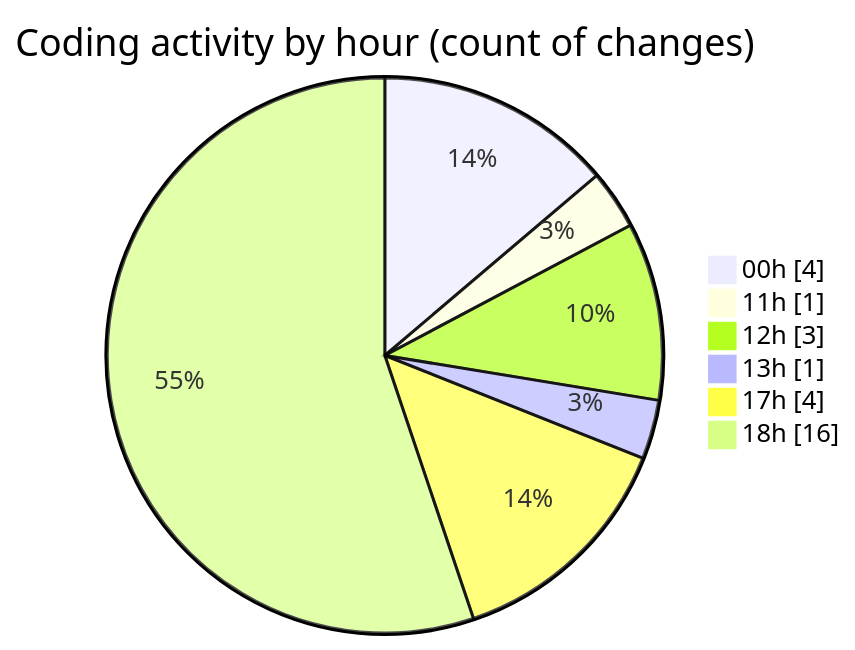
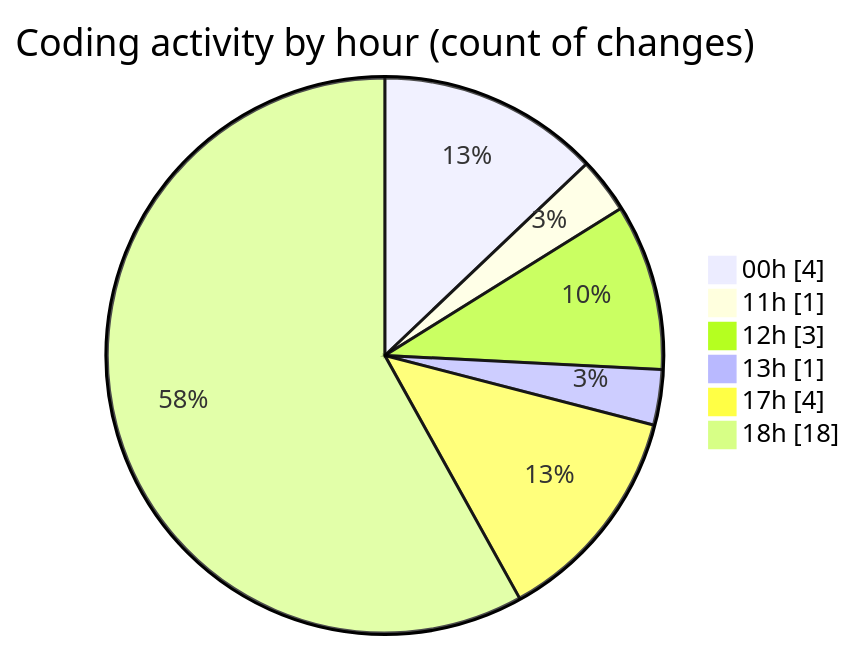
One commit to julien-gomy/code-tracking changed the second of 2 diagrams in 2025-11-19/eventscop-api-guide__workspace_/README.md. Above: the diagram before and after it, drawn with Mermaid. The commit also changed other lines of this file and 1 other file, not shown here.

````diff
--- a/2025-11-19/eventscop-api-guide__workspace_/README.md
+++ b/2025-11-19/eventscop-api-guide__workspace_/README.md
@@ -33,10 +33,10 @@
 ```mermaid
 pie showData
 title Coding activity by hour (count of changes)
 "00h" : 4
 "11h" : 1
 "12h" : 3
 "13h" : 1
 "17h" : 4
-"18h" : 16
+"18h" : 18
 ```
````
